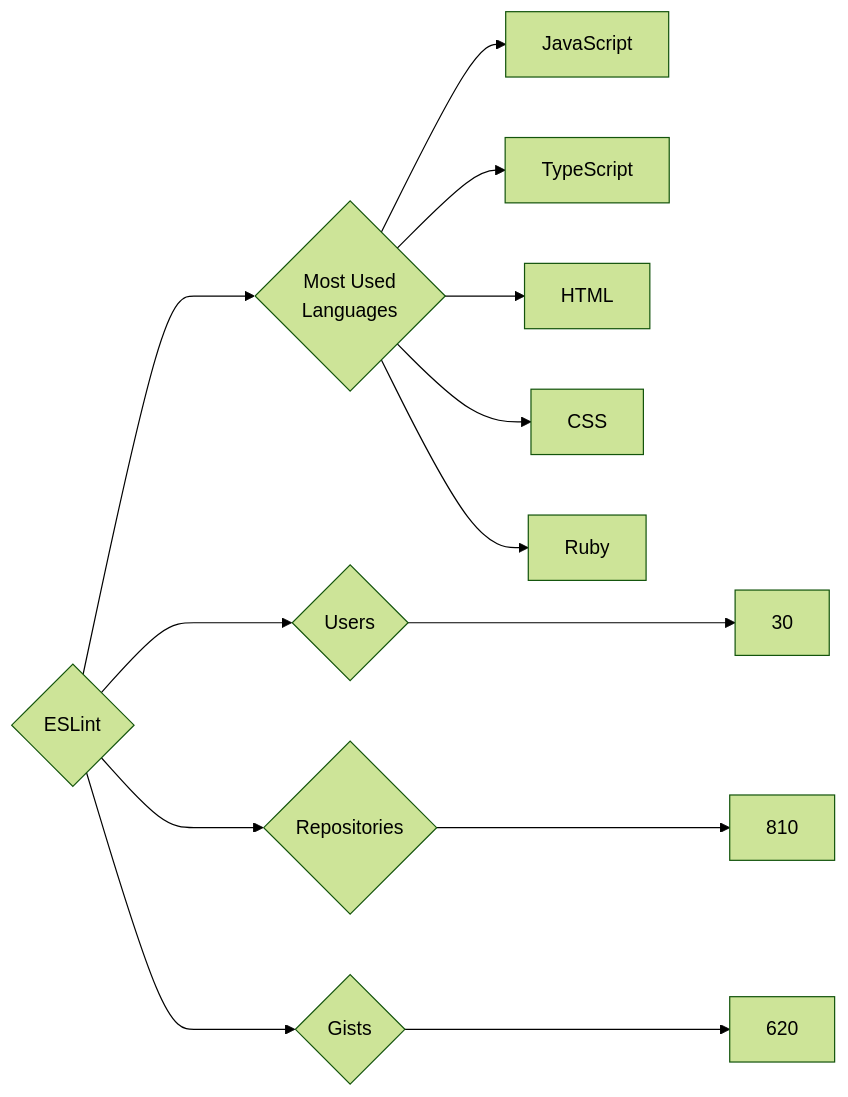
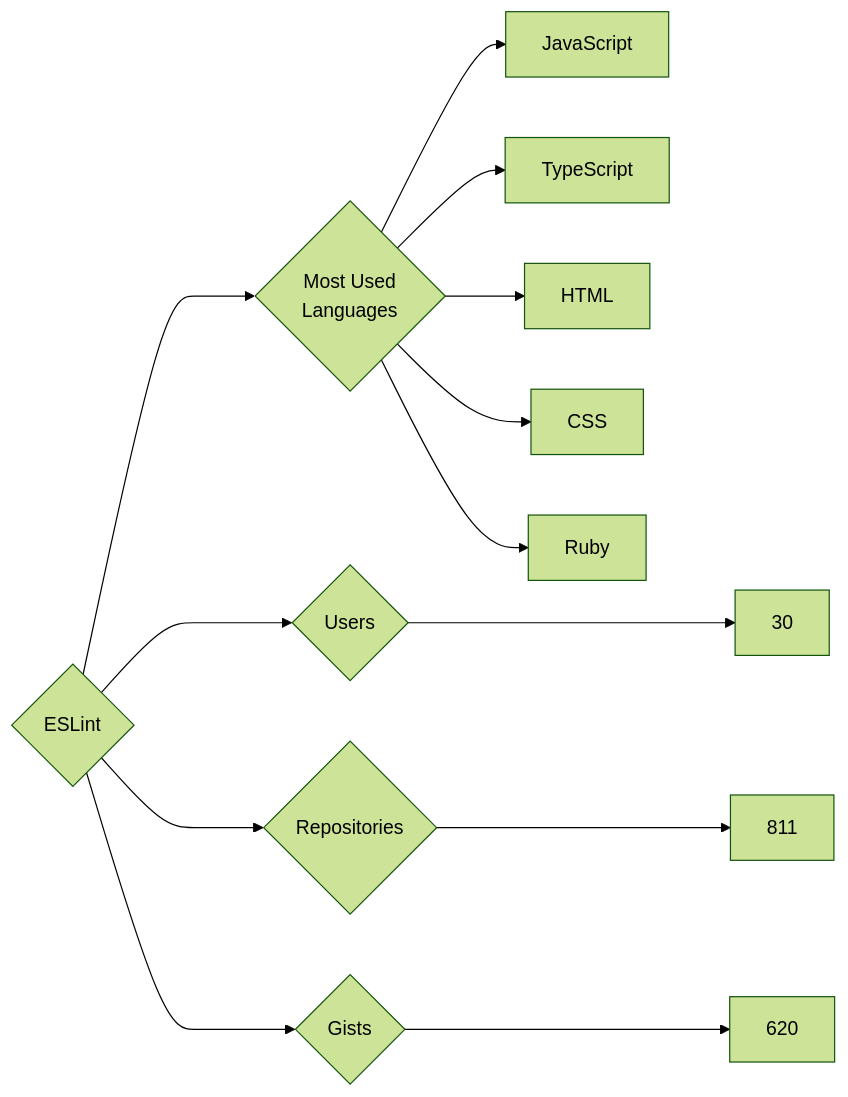
The diagram in targets/ESLint/README.md (trickest/insiders), drawn with Mermaid (forest theme) before and after one commit. The commit also changed 899 other files, not shown here.

````diff
--- a/targets/ESLint/README.md
+++ b/targets/ESLint/README.md
@@ -3,13 +3,13 @@
 ```mermaid
 graph LR
 COMPANY_NAME{ESLint}
 COMPANY_NAME ---> U{Users} ---> UN[30]
-COMPANY_NAME ---> R{Repositories} ---> RN[810]
+COMPANY_NAME ---> R{Repositories} ---> RN[811]
 COMPANY_NAME ---> G{Gists} ---> GN[620]
 COMPANY_NAME ---> ML{Most Used<br>Languages}
 ML --> JavaScript[JavaScript]
 ML --> TypeScript[TypeScript]
 ML --> HTML[HTML]
 ML --> CSS[CSS]
 ML --> Ruby[Ruby]
 ```
````
